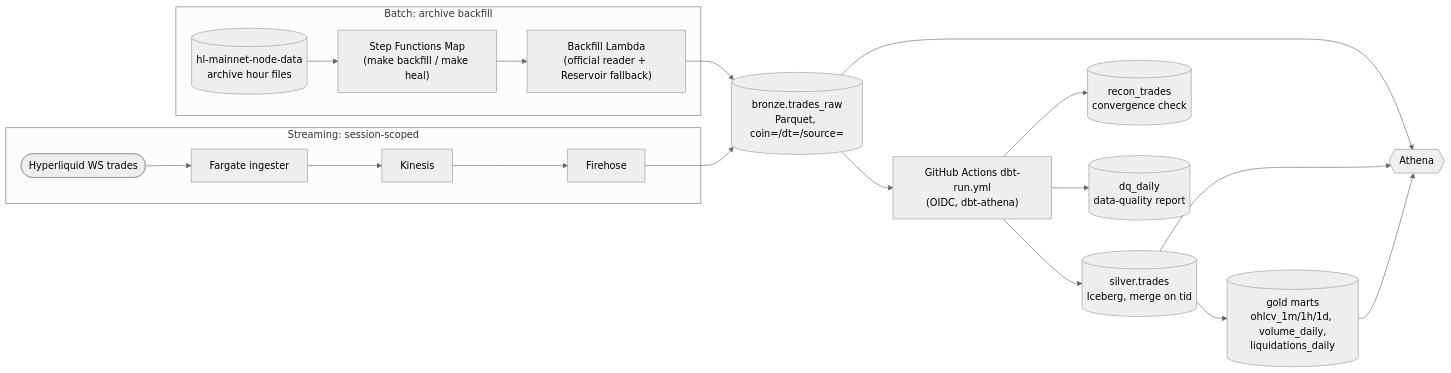
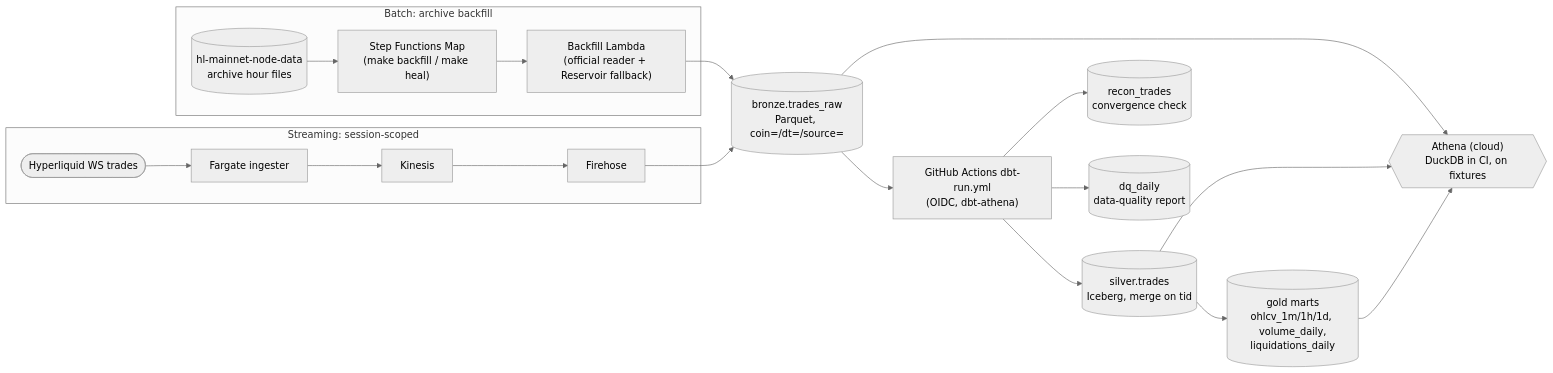
Before and after one commit to noahwins-ng/hyperlake: the diagram in README.md, drawn with Mermaid (neutral theme).

Commit message:
docs: keep DuckDB in the diagram, labelled as CI on fixtures

````diff
--- a/README.md
+++ b/README.md
@@ -47,26 +47,26 @@
 ```mermaid
 flowchart LR
     subgraph batch["Batch: archive backfill"]
         ARC[("hl-mainnet-node-data<br/>archive hour files")] --> SFN["Step Functions Map<br/>(make backfill / make heal)"]
         SFN --> LAM["Backfill Lambda<br/>(official reader + Reservoir fallback)"]
     end
 
     subgraph live["Streaming: session-scoped"]
         WS(["Hyperliquid WS trades"]) --> FARGATE["Fargate ingester"]
         FARGATE --> KIN["Kinesis"]
         KIN --> FH["Firehose"]
     end
 
     LAM --> BRONZE[("bronze.trades_raw<br/>Parquet, coin=/dt=/source=")]
     FH --> BRONZE
 
     BRONZE --> DBT["GitHub Actions dbt-run.yml<br/>(OIDC, dbt-athena)"]
     DBT --> SILVER[("silver.trades<br/>Iceberg, merge on tid")]
     DBT --> RECON[("recon_trades<br/>convergence check")]
     SILVER --> GOLD[("gold marts<br/>ohlcv_1m/1h/1d, volume_daily,<br/>liquidations_daily")]
     DBT --> DQ[("dq_daily<br/>data-quality report")]
 
-    BRONZE --> ATHENA{{"Athena"}}
+    BRONZE --> ATHENA{{"Athena (cloud)<br/>DuckDB in CI, on fixtures"}}
     SILVER --> ATHENA
     GOLD --> ATHENA
 ```
````
